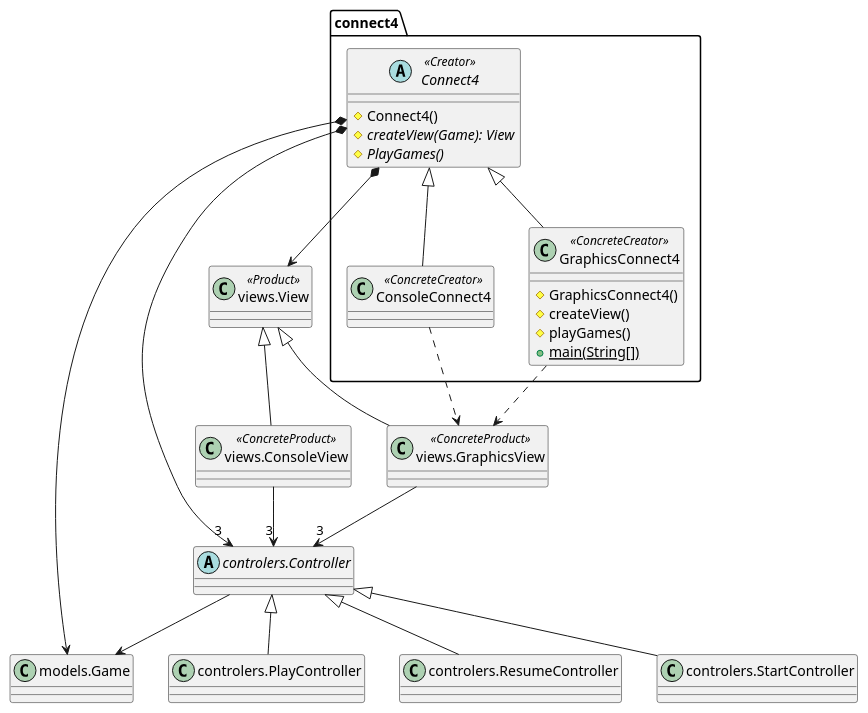
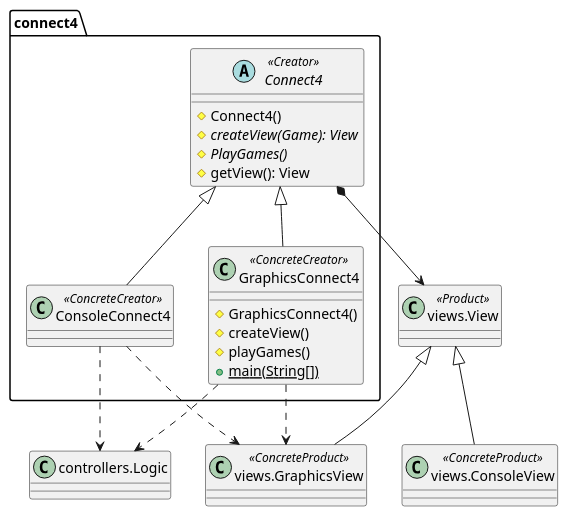
The diagram in connect4/Docs/diagrams/src/packages/connect4.connect4.plantuml (js-rom/connect4), drawn with PlantUML before and after one commit. The commit also changed 12 other files, not shown here.

```diff
--- a/connect4/Docs/diagrams/src/packages/connect4.connect4.plantuml
+++ b/connect4/Docs/diagrams/src/packages/connect4.connect4.plantuml
@@ -1,44 +1,33 @@
 @startuml connect4.connect4
 
 abstract class connect4.Connect4 <<Creator>>
 class connect4.ConsoleConnect4 <<ConcreteCreator>>
 class connect4.GraphicsConnect4 <<ConcreteCreator>>
-class Game as "models.Game"
-abstract class Controller as "controlers.Controller"
-class StartController as "controlers.StartController"
-class PlayController as "controlers.PlayController"
-class ResumeController as "controlers.ResumeController"
 class ConsoleView as "views.ConsoleView" <<ConcreteProduct>>
 class GraphicsView as "views.GraphicsView" <<ConcreteProduct>>
 class View as "views.View" <<Product>>
 
 Connect4 <|-- ConsoleConnect4
 Connect4 <|-- GraphicsConnect4
-Connect4 *--> Game
-Connect4 *--> "3" Controller
 Connect4 *--> View
 
 GraphicsConnect4 ..> GraphicsView
-GraphicsView --> "3" Controller
-
+class Logic as "controllers.Logic"
+GraphicsConnect4 ..> Logic
 ConsoleConnect4 ..> GraphicsView
-ConsoleView --> "3" Controller
-
-Controller --> Game
-Controller <|-- StartController
-Controller <|-- PlayController
-Controller <|-- ResumeController
+ConsoleConnect4 ..> Logic
 
 View <|-- ConsoleView
 View <|-- GraphicsView
 
 Connect4 : #Connect4()
 Connect4 : {abstract}#createView(Game): View
 Connect4 : {abstract}#PlayGames()
+Connect4 : #getView(): View
 
 GraphicsConnect4 : #GraphicsConnect4()
 GraphicsConnect4 : #createView()
 GraphicsConnect4 : #playGames()
 GraphicsConnect4 : {static}+main(String[])
 
 @enduml
```
